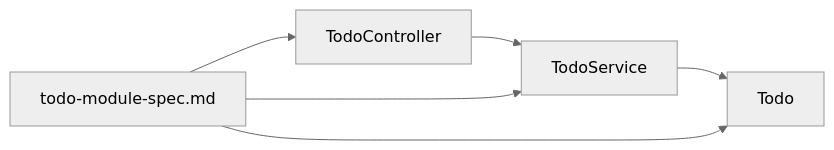
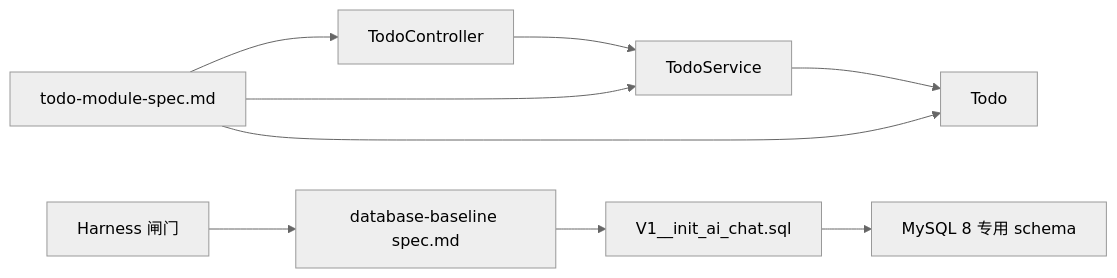
The sixth of 10 diagrams in .qoder/repowiki/zh/content/规格驱动开发/规格文档编写.md (luyitiger6/my-first-project), drawn with Mermaid (neutral theme) before and after one commit. The commit also changed other lines of this file and 44 other files, not shown here.

````diff
--- a/.qoder/repowiki/zh/content/规格驱动开发/规格文档编写.md
+++ b/.qoder/repowiki/zh/content/规格驱动开发/规格文档编写.md
@@ -169,8 +199,11 @@
 ```mermaid
 graph LR
 Controller["TodoController"] --> Service["TodoService"]
 Service --> Model["Todo"]
 Spec["todo-module-spec.md"] --> Controller
 Spec --> Service
 Spec --> Model
+DBSpec["database-baseline spec.md"] --> Migration["V1__init_ai_chat.sql"]
+Migration --> DB["MySQL 8 专用 schema"]
+Harness["Harness 闸门"] --> DBSpec
 ```
````
